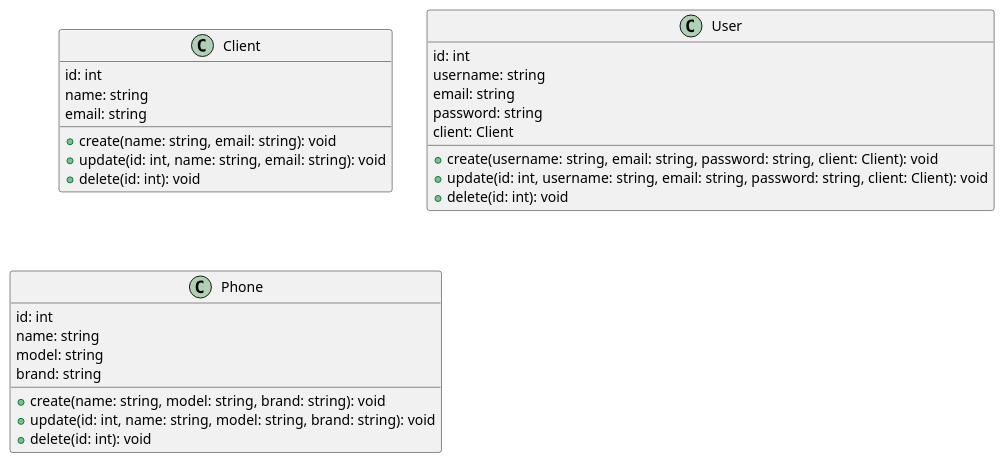
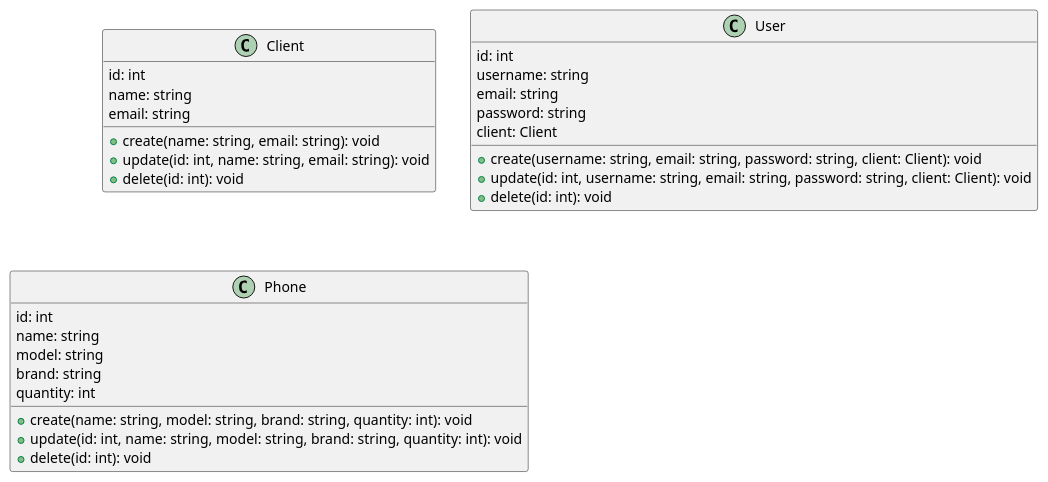
The diagram in UML-PlantUml/Class diagram/classdiagram.puml (AlexisT37/p6-bilemo-insight), drawn with PlantUML before and after one commit. The commit also changed 6 other files, not shown here.

```diff
--- a/UML-PlantUml/Class diagram/classdiagram.puml
+++ b/UML-PlantUml/Class diagram/classdiagram.puml
@@ -1,33 +1,34 @@
 @startuml class_diagram
 
 class Client {
   id: int
   name: string
   email: string
   +create(name: string, email: string): void
   +update(id: int, name: string, email: string): void
   +delete(id: int): void
 }
 
 class User {
   id: int
   username: string
   email: string
   password: string
   client: Client
   +create(username: string, email: string, password: string, client: Client): void
   +update(id: int, username: string, email: string, password: string, client: Client): void
   +delete(id: int): void
 }
 
 class Phone {
   id: int
   name: string
   model: string
   brand: string
-  +create(name: string, model: string, brand: string): void
-  +update(id: int, name: string, model: string, brand: string): void
+  quantity: int
+  +create(name: string, model: string, brand: string, quantity: int): void
+  +update(id: int, name: string, model: string, brand: string, quantity: int): void
   +delete(id: int): void
 }
 
 @enduml
```
